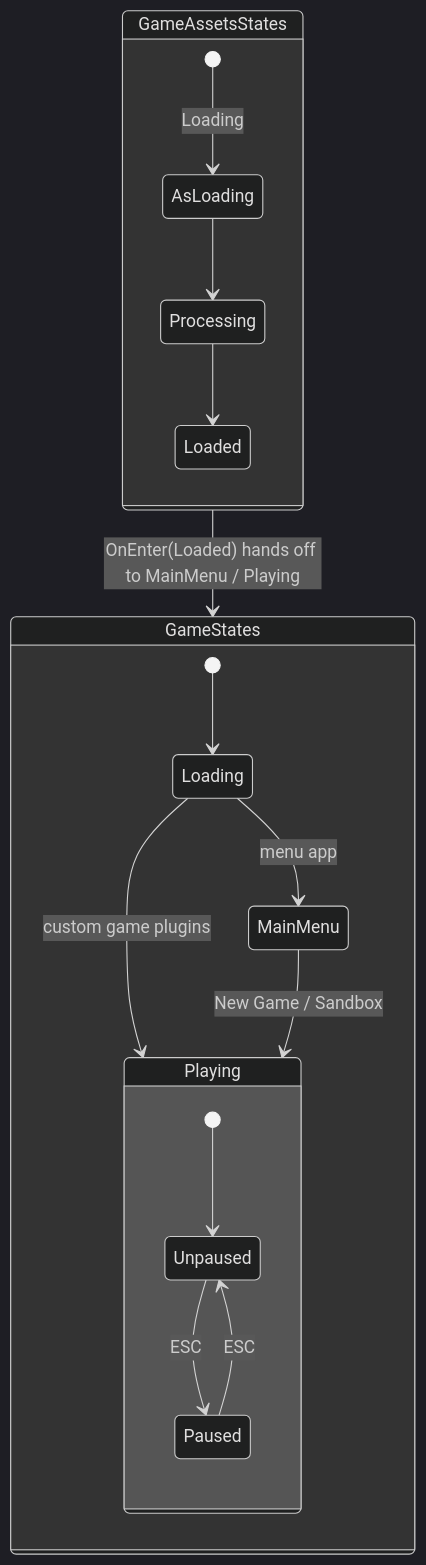
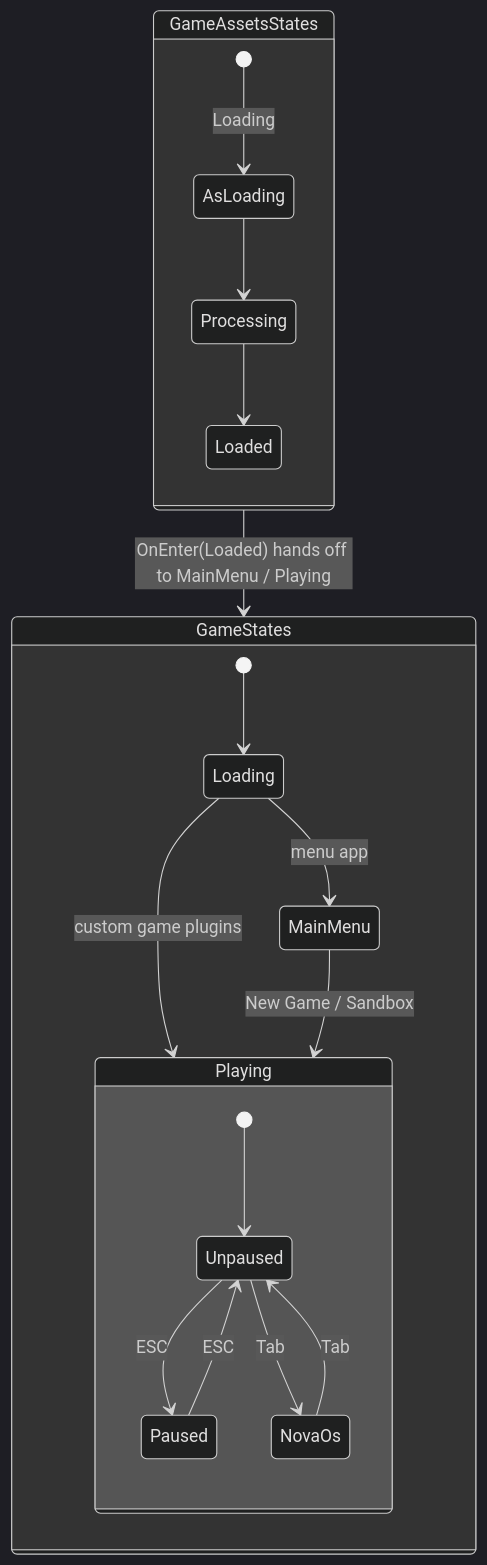
The second of 3 diagrams in docs/architecture.md (alexjercan/nova-protocol), drawn with Mermaid (dark theme) before and after one commit. The commit also changed other lines of this file and 14 other files, not shown here.

````diff
--- a/docs/architecture.md
+++ b/docs/architecture.md
@@ -191,22 +192,24 @@
 ```mermaid
 stateDiagram-v2
     state "GameStates" as GS {
         [*] --> Loading
         Loading --> MainMenu: menu app
         Loading --> Playing: custom game plugins
         MainMenu --> Playing: New Game / Sandbox
         state "Playing" as Playing {
             [*] --> Unpaused
             Unpaused --> Paused: ESC
             Paused --> Unpaused: ESC
+            Unpaused --> NovaOs: Tab
+            NovaOs --> Unpaused: Tab
         }
     }
 
     state "GameAssetsStates" as AS {
         [*] --> AsLoading: Loading
         AsLoading --> Processing
         Processing --> Loaded
     }
 
     AS --> GS: OnEnter(Loaded) hands off to MainMenu / Playing
 ```
````
